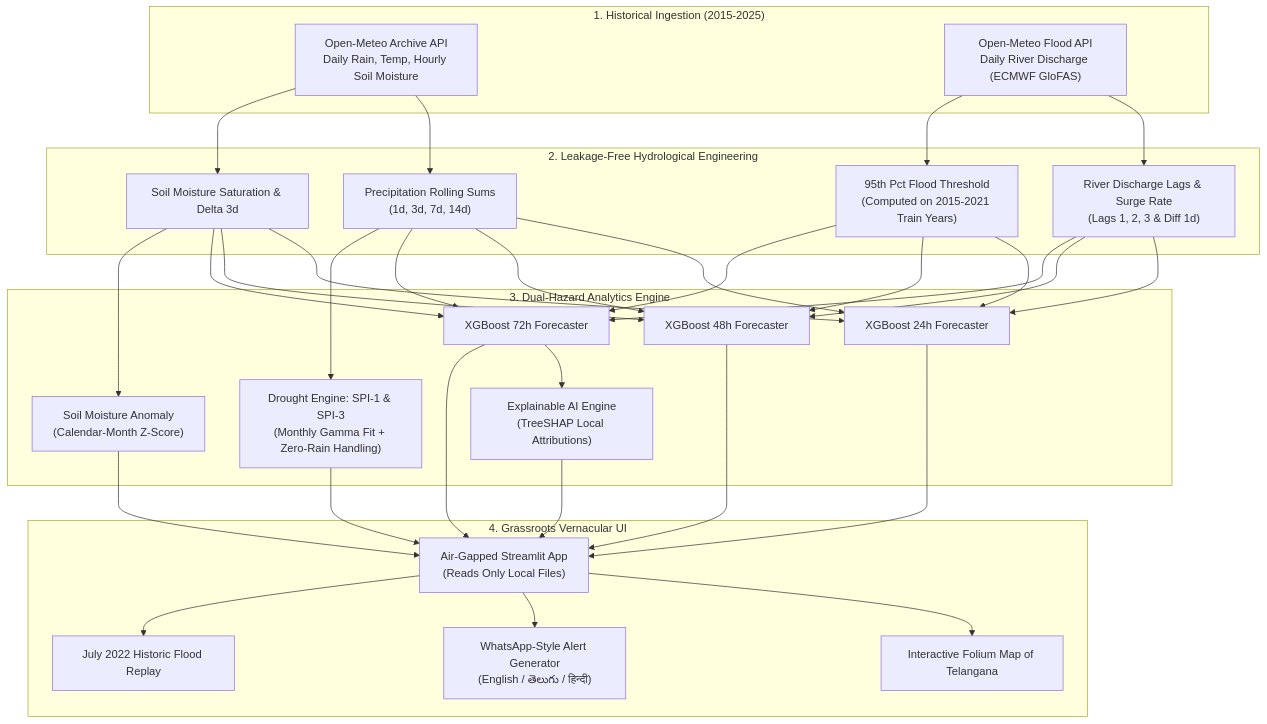
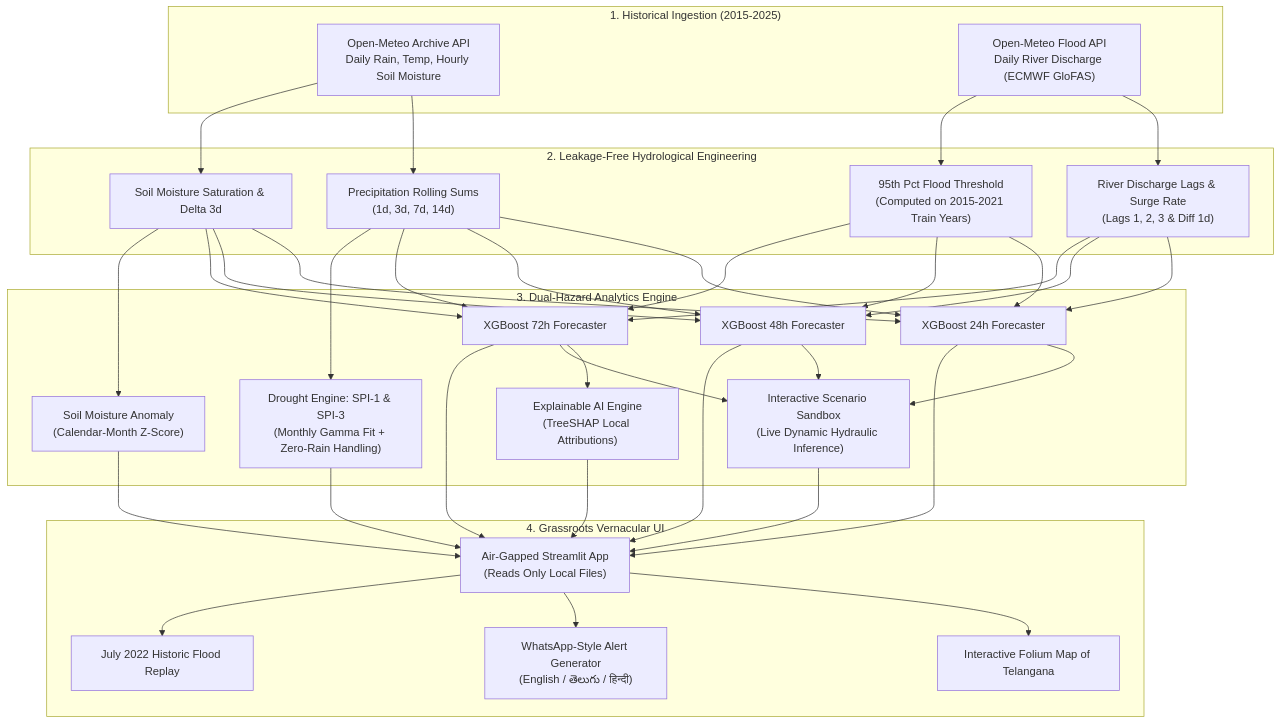
Before and after one commit to nikhilkunte645-maker/jaldrishti-flood-drought-warning: the diagram in README.md, drawn with Mermaid. The commit also changed other lines of this file and 16 other files, not shown here.

Commit message:
Upgrade JalDrishti: Scientific lead-time framing, F2-score baseline, interactive sandbox, and certified vernacular alerts

````diff
--- a/README.md
+++ b/README.md
@@ -45,49 +45,52 @@
 ```mermaid
 flowchart TD
     subgraph DataIngestion["1. Historical Ingestion (2015-2025)"]
         OM_Arch["Open-Meteo Archive API<br/>Daily Rain, Temp, Hourly Soil Moisture"]
         OM_Flood["Open-Meteo Flood API<br/>Daily River Discharge (ECMWF GloFAS)"]
     end
 
     subgraph FeatureEngineering["2. Leakage-Free Hydrological Engineering"]
         PrecipRoll["Precipitation Rolling Sums<br/>(1d, 3d, 7d, 14d)"]
         DischargeLags["River Discharge Lags & Surge Rate<br/>(Lags 1, 2, 3 & Diff 1d)"]
         SoilDynamics["Soil Moisture Saturation & Delta 3d"]
         ThreshCalc["95th Pct Flood Threshold<br/>(Computed on 2015-2021 Train Years)"]
     end
 
     subgraph ModelingEngine["3. Dual-Hazard Analytics Engine"]
         XGB_24["XGBoost 24h Forecaster"]
         XGB_48["XGBoost 48h Forecaster"]
         XGB_72["XGBoost 72h Forecaster"]
         SPI_Engine["Drought Engine: SPI-1 & SPI-3<br/>(Monthly Gamma Fit + Zero-Rain Handling)"]
         SM_Anomaly["Soil Moisture Anomaly<br/>(Calendar-Month Z-Score)"]
         SHAP_Engine["Explainable AI Engine<br/>(TreeSHAP Local Attributions)"]
+        SandboxEngine["Interactive Scenario Sandbox<br/>(Live Dynamic Hydraulic Inference)"]
     end
 
     subgraph Presentation["4. Grassroots Vernacular UI"]
         StreamlitUI["Air-Gapped Streamlit App<br/>(Reads Only Local Files)"]
         FoliumMap["Interactive Folium Map of Telangana"]
         WhatsAppBubble["WhatsApp-Style Alert Generator<br/>(English / తెలుగు / हिन्दी)"]
         BacktestReplay["July 2022 Historic Flood Replay"]
     end
 
     OM_Arch --> PrecipRoll
     OM_Arch --> SoilDynamics
     OM_Flood --> DischargeLags
     OM_Flood --> ThreshCalc
 
     PrecipRoll --> XGB_24 & XGB_48 & XGB_72
     DischargeLags --> XGB_24 & XGB_48 & XGB_72
     SoilDynamics --> XGB_24 & XGB_48 & XGB_72
     ThreshCalc --> XGB_24 & XGB_48 & XGB_72
 
     PrecipRoll --> SPI_Engine
     SoilDynamics --> SM_Anomaly
     XGB_72 --> SHAP_Engine
+    XGB_24 & XGB_48 & XGB_72 --> SandboxEngine
 
     XGB_24 & XGB_48 & XGB_72 --> StreamlitUI
     SPI_Engine & SM_Anomaly --> StreamlitUI
     SHAP_Engine --> StreamlitUI
+    SandboxEngine --> StreamlitUI
     StreamlitUI --> FoliumMap & WhatsAppBubble & BacktestReplay
 ```
````
